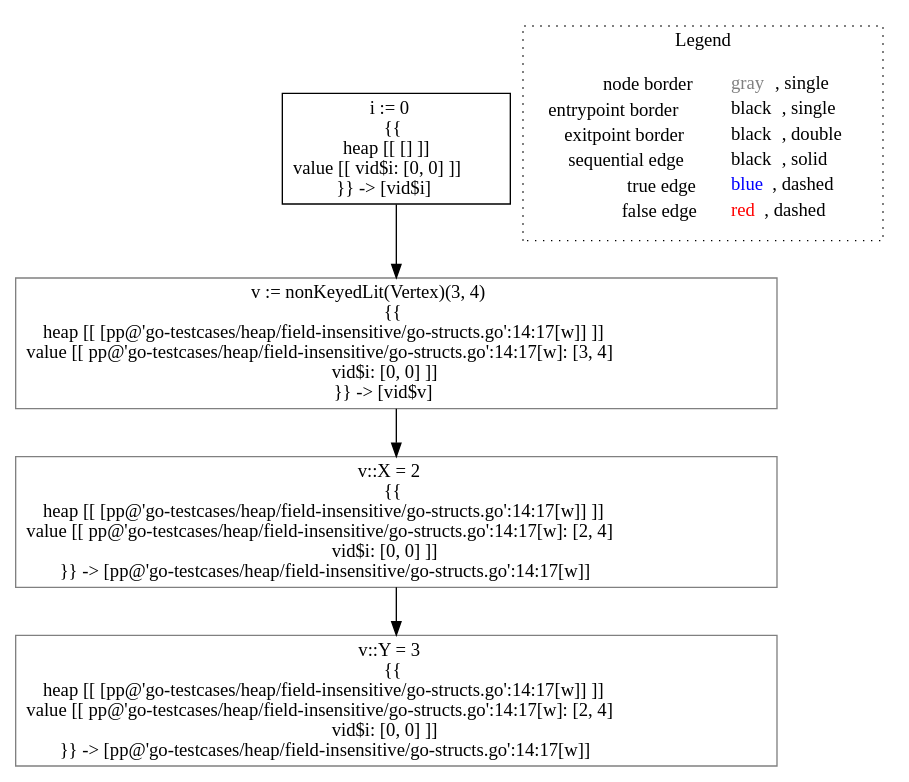
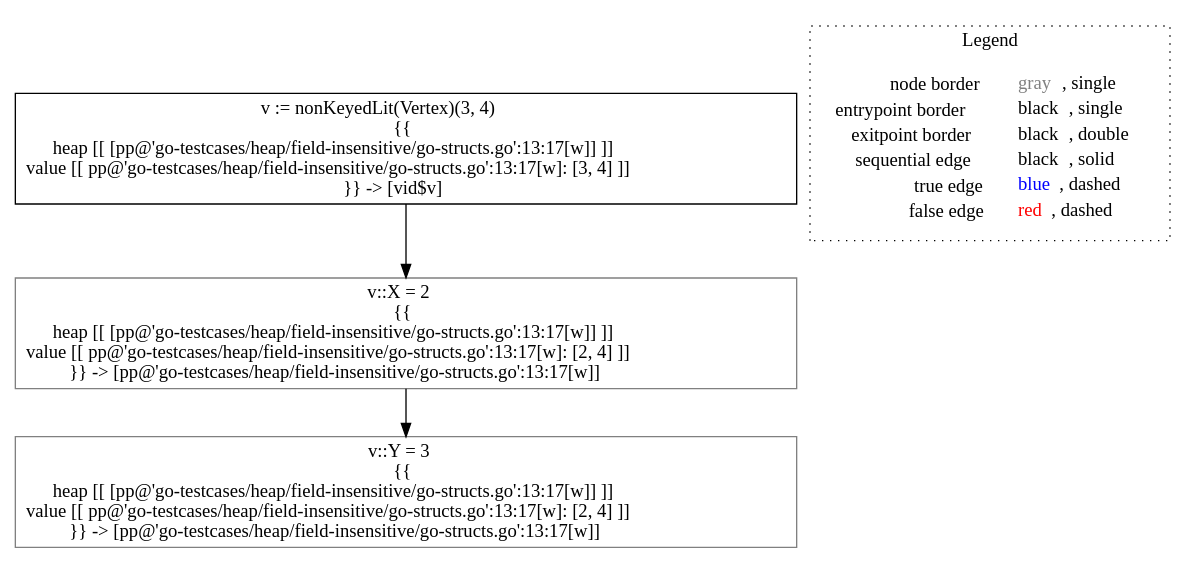
The diagram in go-lisa/go-testcases/heap/field-insensitive/analysis___untyped_~LiSAProgram.main().dot (lisa-analyzer/go-lisa), drawn with Graphviz before and after one commit. The commit also changed 14 other files, not shown here.

```diff
--- a/go-lisa/go-testcases/heap/field-insensitive/analysis___untyped_~LiSAProgram.main().dot
+++ b/go-lisa/go-testcases/heap/field-insensitive/analysis___untyped_~LiSAProgram.main().dot
@@ -1,16 +1,14 @@
 digraph {
-	"node0" [shape="rect",color="black",label=<i := 0<BR/>{{<BR/>heap [[ [] ]]<BR/>value [[ vid$i: [0, 0] ]]<BR/>}} -&gt; [vid$i]>];
-	"node1" [shape="rect",color="gray",label=<v := nonKeyedLit(Vertex)(3, 4)<BR/>{{<BR/>heap [[ [pp@'go-testcases/heap/field-insensitive/go-structs.go':14:17[w]] ]]<BR/>value [[ pp@'go-testcases/heap/field-insensitive/go-structs.go':14:17[w]: [3, 4]<BR/>vid$i: [0, 0] ]]<BR/>}} -&gt; [vid$v]>];
-	"node2" [shape="rect",color="gray",label=<v::Y = 3<BR/>{{<BR/>heap [[ [pp@'go-testcases/heap/field-insensitive/go-structs.go':14:17[w]] ]]<BR/>value [[ pp@'go-testcases/heap/field-insensitive/go-structs.go':14:17[w]: [2, 4]<BR/>vid$i: [0, 0] ]]<BR/>}} -&gt; [pp@'go-testcases/heap/field-insensitive/go-structs.go':14:17[w]]>];
-	"node3" [shape="rect",color="gray",label=<v::X = 2<BR/>{{<BR/>heap [[ [pp@'go-testcases/heap/field-insensitive/go-structs.go':14:17[w]] ]]<BR/>value [[ pp@'go-testcases/heap/field-insensitive/go-structs.go':14:17[w]: [2, 4]<BR/>vid$i: [0, 0] ]]<BR/>}} -&gt; [pp@'go-testcases/heap/field-insensitive/go-structs.go':14:17[w]]>];
-	"node1" -> "node3" [color="black"];
+	"node0" [shape="rect",color="black",label=<v := nonKeyedLit(Vertex)(3, 4)<BR/>{{<BR/>heap [[ [pp@'go-testcases/heap/field-insensitive/go-structs.go':13:17[w]] ]]<BR/>value [[ pp@'go-testcases/heap/field-insensitive/go-structs.go':13:17[w]: [3, 4] ]]<BR/>}} -&gt; [vid$v]>];
+	"node1" [shape="rect",color="gray",label=<v::X = 2<BR/>{{<BR/>heap [[ [pp@'go-testcases/heap/field-insensitive/go-structs.go':13:17[w]] ]]<BR/>value [[ pp@'go-testcases/heap/field-insensitive/go-structs.go':13:17[w]: [2, 4] ]]<BR/>}} -&gt; [pp@'go-testcases/heap/field-insensitive/go-structs.go':13:17[w]]>];
+	"node2" [shape="rect",color="gray",label=<v::Y = 3<BR/>{{<BR/>heap [[ [pp@'go-testcases/heap/field-insensitive/go-structs.go':13:17[w]] ]]<BR/>value [[ pp@'go-testcases/heap/field-insensitive/go-structs.go':13:17[w]: [2, 4] ]]<BR/>}} -&gt; [pp@'go-testcases/heap/field-insensitive/go-structs.go':13:17[w]]>];
+	"node1" -> "node2" [color="black"];
 	"node0" -> "node1" [color="black"];
-	"node3" -> "node2" [color="black"];
 subgraph cluster_legend {
 	label="Legend";
 	style=dotted;
 	node [shape=plaintext];
 	"legend" [label=<<table border="0" cellpadding="2" cellspacing="0" cellborder="0"><tr><td align="right">node border&nbsp;</td><td align="left"><font color="gray">gray</font>, single</td></tr><tr><td align="right">entrypoint border&nbsp;</td><td align="left"><font color="black">black</font>, single</td></tr><tr><td align="right">exitpoint border&nbsp;</td><td align="left"><font color="black">black</font>, double</td></tr><tr><td align="right">sequential edge&nbsp;</td><td align="left"><font color="black">black</font>, solid</td></tr><tr><td align="right">true edge&nbsp;</td><td align="left"><font color="blue">blue</font>, dashed</td></tr><tr><td align="right">false edge&nbsp;</td><td align="left"><font color="red">red</font>, dashed</td></tr></table>>];
 }
 
 }
```
